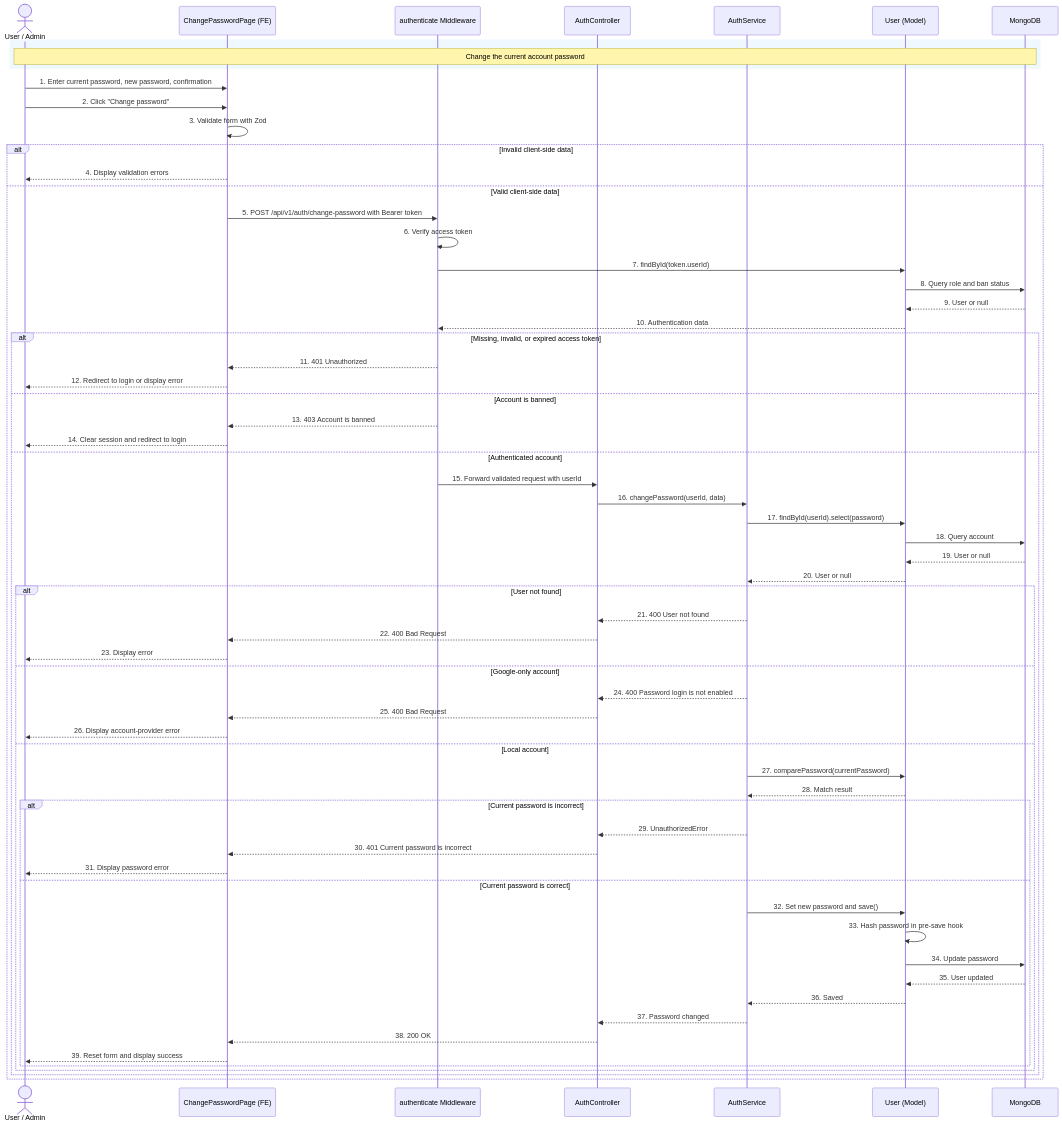
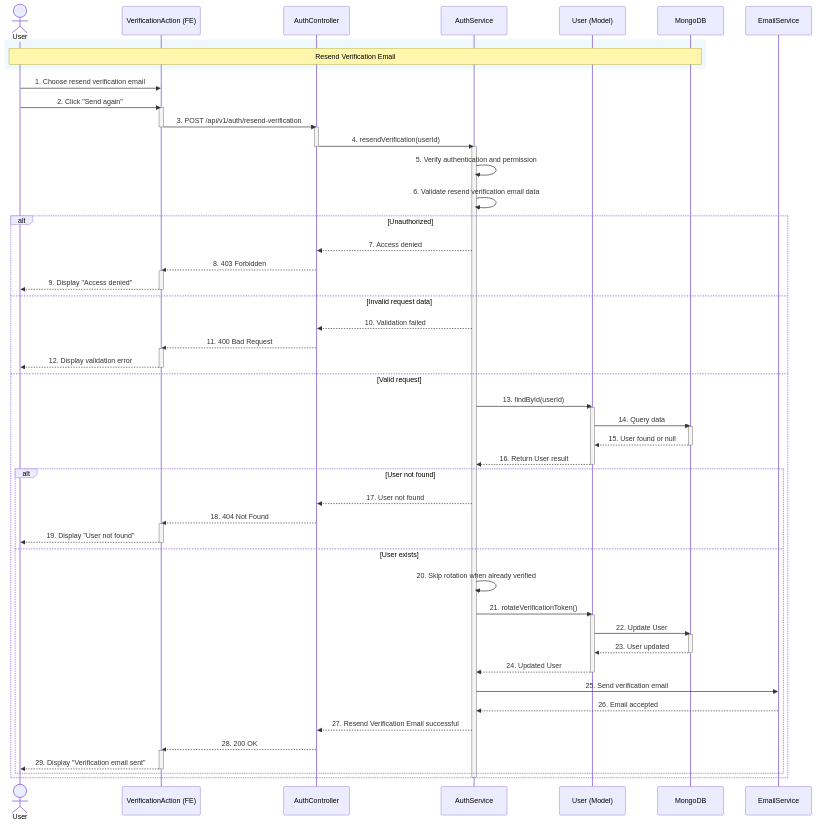
Before and after one commit to SUMMER2026SE/wdp301-rbl-project-wdp_se18d08_group-5: the tenth of 60 diagrams in docs/19_Detailed_Design.md, drawn with Mermaid. The commit also changed other lines of this file, not shown here.

````diff
--- a/docs/19_Detailed_Design.md
+++ b/docs/19_Detailed_Design.md
@@ -570,72 +707,82 @@
 ```mermaid
 sequenceDiagram
-    actor Account as User / Admin
-    participant FE as ChangePasswordPage (FE)
-    participant AuthMW as authenticate Middleware
+    actor A as User
+    participant FE as VerificationAction (FE)
     participant Ctrl as AuthController
     participant Svc as AuthService
     participant Model as User (Model)
     participant DB as MongoDB
+    participant EmailService as EmailService
 
     rect rgb(240,248,255)
-        Note over Account,DB: Change the current account password
+        Note over A,DB: Resend Verification Email
     end
 
-    Account->>FE: 1. Enter current password, new password, confirmation
-    Account->>FE: 2. Click "Change password"
-    FE->>FE: 3. Validate form with Zod
+    A->>FE: 1. Choose resend verification email
+    A->>FE: 2. Click "Send again"
 
-    alt Invalid client-side data
-        FE-->>Account: 4. Display validation errors
-    else Valid client-side data
-        FE->>AuthMW: 5. POST /api/v1/auth/change-password with Bearer token
-        AuthMW->>AuthMW: 6. Verify access token
-        AuthMW->>Model: 7. findById(token.userId)
-        Model->>DB: 8. Query role and ban status
-        DB-->>Model: 9. User or null
-        Model-->>AuthMW: 10. Authentication data
+    activate FE
+    FE->>Ctrl: 3. POST /api/v1/auth/resend-verification
+    deactivate FE
 
-        alt Missing, invalid, or expired access token
-            AuthMW-->>FE: 11. 401 Unauthorized
-            FE-->>Account: 12. Redirect to login or display error
-        else Account is banned
-            AuthMW-->>FE: 13. 403 Account is banned
-            FE-->>Account: 14. Clear session and redirect to login
-        else Authenticated account
-            AuthMW->>Ctrl: 15. Forward validated request with userId
-            Ctrl->>Svc: 16. changePassword(userId, data)
-            Svc->>Model: 17. findById(userId).select(password)
-            Model->>DB: 18. Query account
-            DB-->>Model: 19. User or null
-            Model-->>Svc: 20. User or null
+    activate Ctrl
+    Ctrl->>Svc: 4. resendVerification(userId)
+    deactivate Ctrl
 
-            alt User not found
-                Svc-->>Ctrl: 21. 400 User not found
-                Ctrl-->>FE: 22. 400 Bad Request
-                FE-->>Account: 23. Display error
-            else Google-only account
-                Svc-->>Ctrl: 24. 400 Password login is not enabled
-                Ctrl-->>FE: 25. 400 Bad Request
-                FE-->>Account: 26. Display account-provider error
-            else Local account
-                Svc->>Model: 27. comparePassword(currentPassword)
-                Model-->>Svc: 28. Match result
+    activate Svc
+    Svc->>Svc: 5. Verify authentication and permission
+    Svc->>Svc: 6. Validate resend verification email data
 
-                alt Current password is incorrect
-                    Svc-->>Ctrl: 29. UnauthorizedError
-                    Ctrl-->>FE: 30. 401 Current password is incorrect
-                    FE-->>Account: 31. Display password error
-                else Current password is correct
-                    Svc->>Model: 32. Set new password and save()
-                    Model->>Model: 33. Hash password in pre-save hook
-                    Model->>DB: 34. Update password
-                    DB-->>Model: 35. User updated
-                    Model-->>Svc: 36. Saved
-                    Svc-->>Ctrl: 37. Password changed
-                    Ctrl-->>FE: 38. 200 OK
-                    FE-->>Account: 39. Reset form and display success
-                end
-            end
+    alt Unauthorized
+        Svc-->>Ctrl: 7. Access denied
+        Ctrl-->>FE: 8. 403 Forbidden
+        activate FE
+        FE-->>A: 9. Display "Access denied"
+        deactivate FE
+
+    else Invalid request data
+        Svc-->>Ctrl: 10. Validation failed
+        Ctrl-->>FE: 11. 400 Bad Request
+        activate FE
+        FE-->>A: 12. Display validation error
+        deactivate FE
+
+    else Valid request
+        Svc->>Model: 13. findById(userId)
+        activate Model
+        Model->>DB: 14. Query data
+        activate DB
+        DB-->>Model: 15. User found or null
+        deactivate DB
+        Model-->>Svc: 16. Return User result
+        deactivate Model
+
+        alt User not found
+            Svc-->>Ctrl: 17. User not found
+            Ctrl-->>FE: 18. 404 Not Found
+            activate FE
+            FE-->>A: 19. Display "User not found"
+            deactivate FE
+
+        else User exists
+            Svc->>Svc: 20. Skip rotation when already verified
+            Svc->>Model: 21. rotateVerificationToken()
+            activate Model
+            Model->>DB: 22. Update User
+            activate DB
+            DB-->>Model: 23. User updated
+            deactivate DB
+            Model-->>Svc: 24. Updated User
+            deactivate Model
+            Svc->>EmailService: 25. Send verification email
+            EmailService-->>Svc: 26. Email accepted
+            Svc-->>Ctrl: 27. Resend Verification Email successful
+            Ctrl-->>FE: 28. 200 OK
+            activate FE
+            FE-->>A: 29. Display "Verification email sent"
+            deactivate FE
         end
     end
+
+    deactivate Svc
 ```
````
